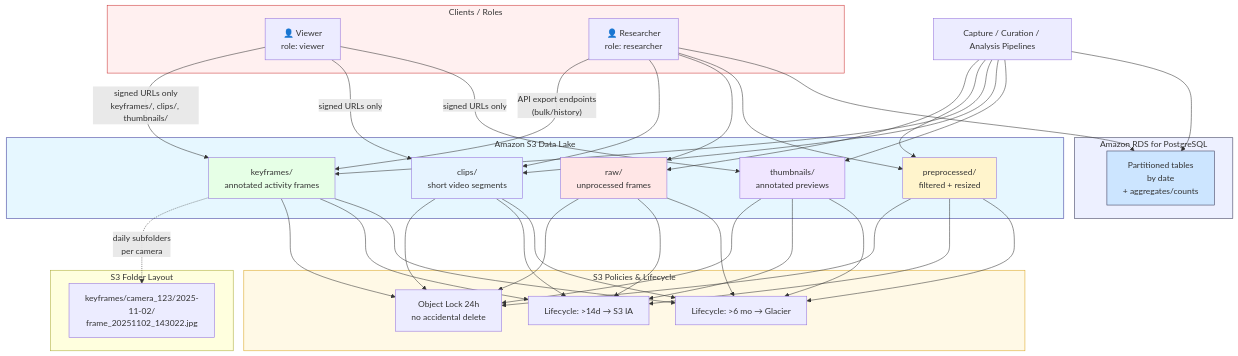
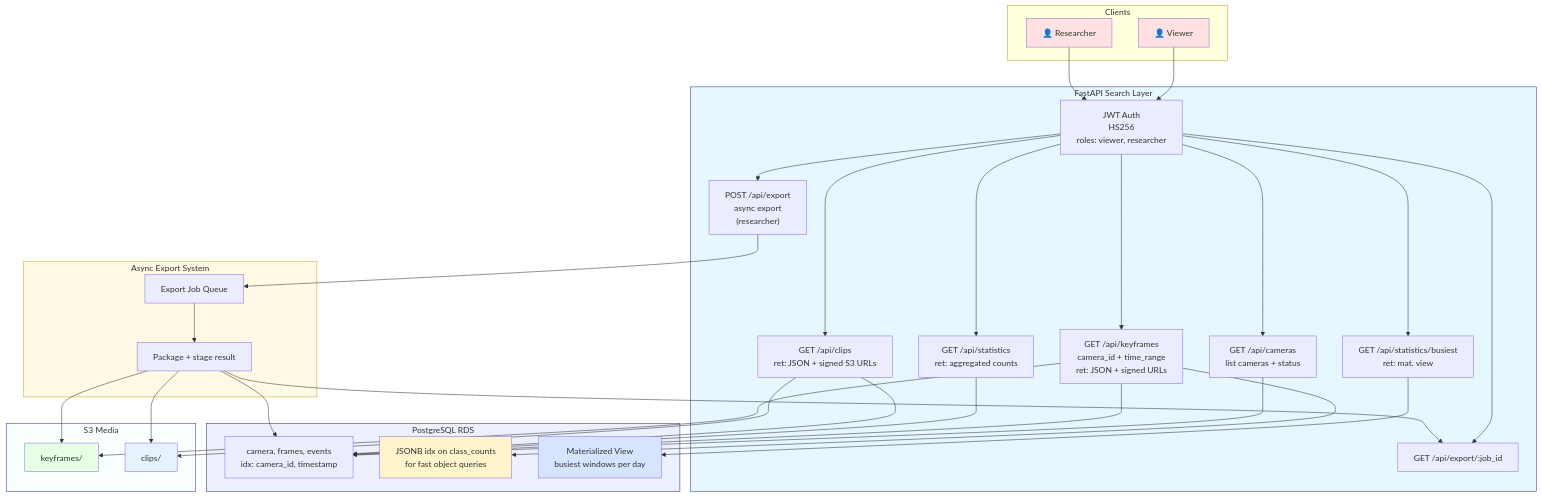
Before and after one commit to zChen-1/Projects-in-school: the diagram in test.mmd, drawn with Mermaid.

```diff
--- a/test.mmd
+++ b/test.mmd
@@ -1,81 +1,81 @@
 graph TB
 
-    subgraph Clients["Clients / Roles"]
-        VIEWER["👤 Viewer<br/>role: viewer"]
-        RESEARCHER["👤 Researcher<br/>role: researcher"]
+    %% ===== Clients / Roles =====
+    subgraph Clients["Clients"]
+        VIEWER["👤 Viewer"]
+        RESEARCHER["👤 Researcher"]
     end
 
-    subgraph S3Lake["Amazon S3 Data Lake"]
-        RAW["raw/<br/>unprocessed frames"]
-        PRE["preprocessed/<br/>filtered + resized"]
-        KF["keyframes/<br/>annotated activity frames"]
-        CLIPS["clips/<br/>short video segments"]
-        THUMBS["thumbnails/<br/>annotated previews"]
+    %% ===== API Layer =====
+    subgraph API["FastAPI Search Layer"]
+        AUTH["JWT Auth<br/>HS256<br/>roles: viewer, researcher"]
+
+        LIST_CAMS["GET /api/cameras<br/>list cameras + status"]
+        KEYFRAMES["GET /api/keyframes<br/>camera_id + time_range<br/>ret: JSON + signed URLs"]
+        STATS["GET /api/statistics<br/>ret: aggregated counts"]
+        BUSIEST["GET /api/statistics/busiest<br/>ret: mat. view"]
+        CLIPS["GET /api/clips<br/>ret: JSON + signed S3 URLs"]
+        EXPORT_REQ["POST /api/export<br/>async export<br/>(researcher)"]
+        EXPORT_STATUS["GET /api/export/:job_id"]
     end
 
-    subgraph Org["S3 Folder Layout"]
-        EX1["keyframes/camera_123/2025-11-02/<br/>frame_20251102_143022.jpg"]
+    %% ===== Data Layer =====
+    subgraph DB["PostgreSQL RDS"]
+        TABLES["camera, frames, events<br/>idx: camera_id, timestamp"]
+        JSONIDX["JSONB idx on class_counts<br/>for fast object queries"]
+        MV["Materialized View<br/>busiest windows per day"]
     end
 
-    subgraph Policies["S3 Policies & Lifecycle"]
-        LOCK["Object Lock 24h<br/>no accidental delete"]
-        IA["Lifecycle: >14d → S3 IA"]
-        GLACIER["Lifecycle: >6 mo → Glacier"]
+    subgraph Storage["S3 Media"]
+        S3KF["keyframes/"]
+        S3CLIPS["clips/"]
     end
 
-    subgraph Metadata["Amazon RDS for PostgreSQL"]
-        RDS["Partitioned tables<br/>by date<br/>+ aggregates/counts"]
+    subgraph Jobs["Async Export System"]
+        JOBQ["Export Job Queue"]
+        JOBPKG["Package + stage result"]
     end
 
-    %% Flow from ingestion/processing (implicit producer)
-    PROC["Capture / Curation / Analysis Pipelines"] --> RAW
-    PROC --> PRE
-    PROC --> KF
-    PROC --> CLIPS
-    PROC --> THUMBS
-    PROC --> RDS
+    %% ===== Flows =====
+    VIEWER --> AUTH
+    RESEARCHER --> AUTH
 
-    %% Folder organization
-    KF -. "daily subfolders<br/>per camera" .-> EX1
+    AUTH --> LIST_CAMS
+    AUTH --> KEYFRAMES
+    AUTH --> STATS
+    AUTH --> BUSIEST
+    AUTH --> CLIPS
+    AUTH --> EXPORT_REQ
+    AUTH --> EXPORT_STATUS
 
-    %% Policies apply to all S3 zones
-    RAW --> LOCK
-    PRE --> LOCK
-    KF --> LOCK
-    CLIPS --> LOCK
-    THUMBS --> LOCK
+    %% queries to DB
+    LIST_CAMS --> TABLES
+    KEYFRAMES --> TABLES
+    KEYFRAMES --> JSONIDX
+    STATS --> TABLES
+    BUSIEST --> MV
+    CLIPS --> TABLES
 
-    RAW --> IA
-    PRE --> IA
-    KF --> IA
-    CLIPS --> IA
-    THUMBS --> IA
+    %% media resolution
+    KEYFRAMES --> S3KF
+    CLIPS --> S3CLIPS
 
-    RAW --> GLACIER
-    PRE --> GLACIER
-    KF --> GLACIER
-    CLIPS --> GLACIER
-    THUMBS --> GLACIER
+    %% export flow
+    EXPORT_REQ --> JOBQ
+    JOBQ --> JOBPKG
+    JOBPKG --> S3CLIPS
+    JOBPKG --> S3KF
+    JOBPKG --> TABLES
+    JOBPKG --> EXPORT_STATUS
 
-    %% Access control
-    VIEWER -->|"signed URLs only<br/>keyframes/, clips/, thumbnails/"| KF
-    VIEWER -->|"signed URLs only"| CLIPS
-    VIEWER -->|"signed URLs only"| THUMBS
-
-    RESEARCHER -->|"API export endpoints<br/>(bulk/history)"| KF
-    RESEARCHER --> CLIPS
-    RESEARCHER --> RAW
-    RESEARCHER --> PRE
-    RESEARCHER --> RDS
-
-    %% Styling
-    style S3Lake fill:#e6f7ff,stroke:#339,stroke-width:1px
-    style RAW fill:#ffe6e6
-    style PRE fill:#fff4cc
-    style KF fill:#e6ffe6
-    style CLIPS fill:#e6f3ff
-    style THUMBS fill:#f0e6ff
-    style Metadata fill:#edf0ff,stroke:#335,stroke-width:1px
-    style RDS fill:#cce5ff,stroke:#335,stroke-width:1px
-    style Policies fill:#fff9e6,stroke:#d9a520,stroke-width:1px
-    style Clients fill:#fff0f0,stroke:#c33,stroke-width:1px
+    %% ===== Styling =====
+    style API fill:#e6f7ff,stroke:#339,stroke-width:1px
+    style DB fill:#edf0ff,stroke:#335,stroke-width:1px
+    style Storage fill:#f9ffff,stroke:#339,stroke-width:1px
+    style Jobs fill:#fff9e6,stroke:#d9a520,stroke-width:1px
+    style VIEWER fill:#ffe1e1
+    style RESEARCHER fill:#ffe1e1
+    style S3KF fill:#e6ffe6
+    style S3CLIPS fill:#e6f3ff
+    style JSONIDX fill:#fff4cc
+    style MV fill:#d6e4ff
```
